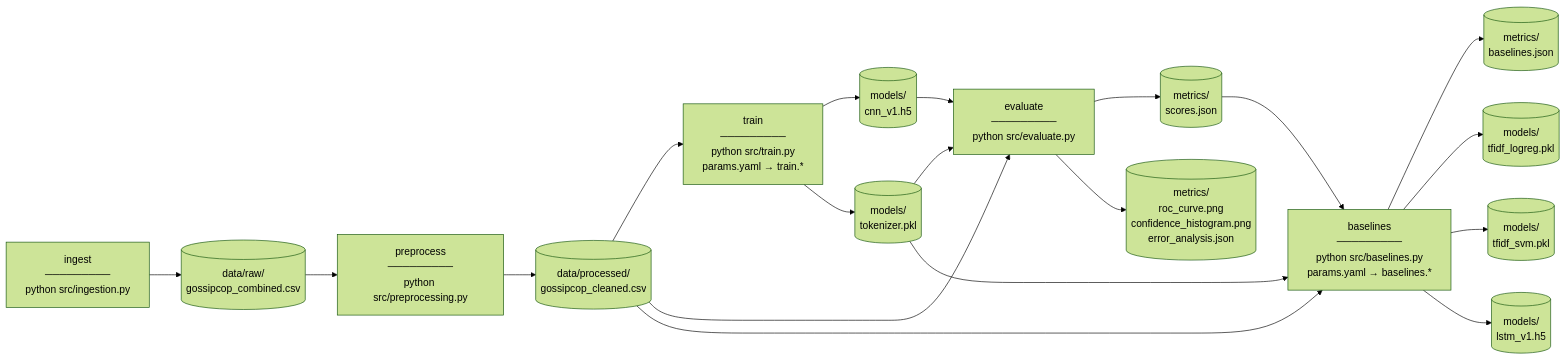
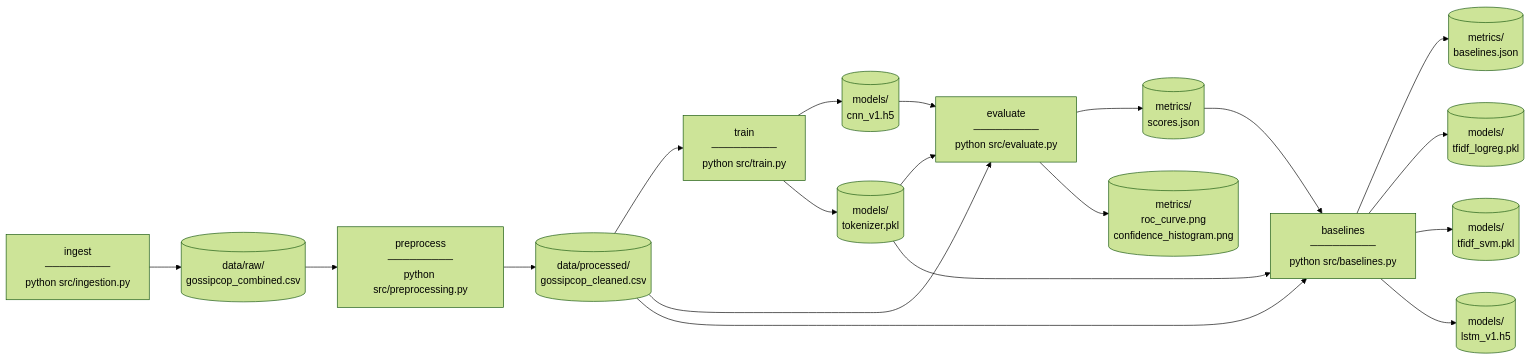
One commit to zegdane1998/fake-news-mlops changed the second of 9 diagrams in diagrams.md. Above: the diagram before and after it, drawn with Mermaid (forest theme). The commit also changed other lines of this file and 3 other files, not shown here.

First line of the commit message:
Fix Vast.ai retraining pipeline and update diagrams

````diff
--- a/diagrams.md
+++ b/diagrams.md
@@ -70,24 +75,24 @@
 ```mermaid
 flowchart LR
     RAW[(data/raw/\ngossipcop_combined.csv)]
     PROC[(data/processed/\ngossipcop_cleaned.csv)]
     CNN_H5[(models/\ncnn_v1.h5)]
     TOK_PK[(models/\ntokenizer.pkl)]
     SCORES[(metrics/\nscores.json)]
     BAS_JSON[(metrics/\nbaselines.json)]
     LR_PK[(models/\ntfidf_logreg.pkl)]
     SVM_PK[(models/\ntfidf_svm.pkl)]
     LSTM_H5[(models/\nlstm_v1.h5)]
-    PLOTS[(metrics/\nroc_curve.png\nconfidence_histogram.png\nerror_analysis.json)]
+    PLOTS[(metrics/\nroc_curve.png\nconfidence_histogram.png)]
 
     ING["ingest\n─────────\npython src/ingestion.py"]
     PRE["preprocess\n─────────\npython src/preprocessing.py"]
-    TRN["train\n─────────\npython src/train.py\nparams.yaml → train.*"]
+    TRN["train\n─────────\npython src/train.py"]
     EVL["evaluate\n─────────\npython src/evaluate.py"]
-    BAS["baselines\n─────────\npython src/baselines.py\nparams.yaml → baselines.*"]
+    BAS["baselines\n─────────\npython src/baselines.py"]
 
     ING --> RAW --> PRE --> PROC
     PROC --> TRN --> CNN_H5 & TOK_PK
     CNN_H5 & TOK_PK & PROC --> EVL --> SCORES & PLOTS
     PROC & TOK_PK & SCORES --> BAS --> BAS_JSON & LR_PK & SVM_PK & LSTM_H5
 ```
````
